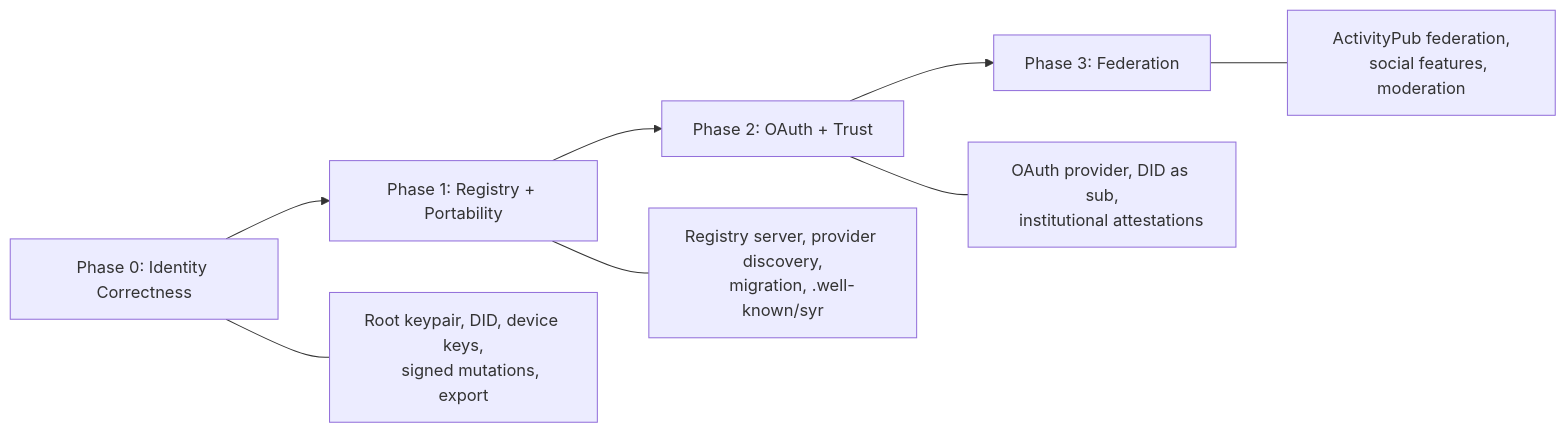
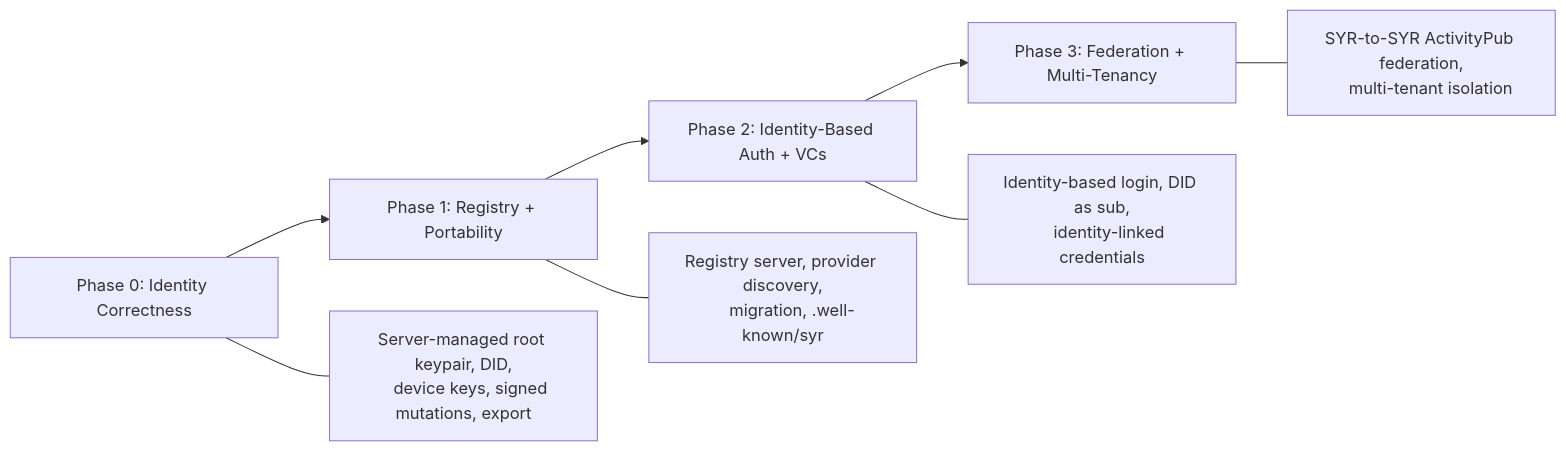
Before and after one commit to syr-is/syr: the diagram in apps/docs/src/routes/reference/spec-mapping/+page.md, drawn with Mermaid. The commit also changed other lines of this file and 52 other files, not shown here.

````diff
--- a/apps/docs/src/routes/reference/spec-mapping/+page.md
+++ b/apps/docs/src/routes/reference/spec-mapping/+page.md
@@ -134,15 +134,15 @@
 ```mermaid
 flowchart LR
     Phase0["Phase 0: Identity Correctness"] --> Phase1["Phase 1: Registry + Portability"]
-    Phase1 --> Phase2["Phase 2: OAuth + Trust"]
-    Phase2 --> Phase3["Phase 3: Federation"]
+    Phase1 --> Phase2["Phase 2: Identity-Based Auth + VCs"]
+    Phase2 --> Phase3["Phase 3: Federation + Multi-Tenancy"]
 
-    Phase0 --- P0Items["Root keypair, DID, device keys,
-    signed mutations, export"]
+    Phase0 --- P0Items["Server-managed root keypair, DID,
+    device keys, signed mutations, export"]
     Phase1 --- P1Items["Registry server, provider discovery,
     migration, .well-known/syr"]
-    Phase2 --- P2Items["OAuth provider, DID as sub,
-    institutional attestations"]
-    Phase3 --- P3Items["ActivityPub federation,
-    social features, moderation"]
+    Phase2 --- P2Items["Identity-based login, DID as sub,
+    identity-linked credentials"]
+    Phase3 --- P3Items["SYR-to-SYR ActivityPub federation,
+    multi-tenant isolation"]
 ```
````
